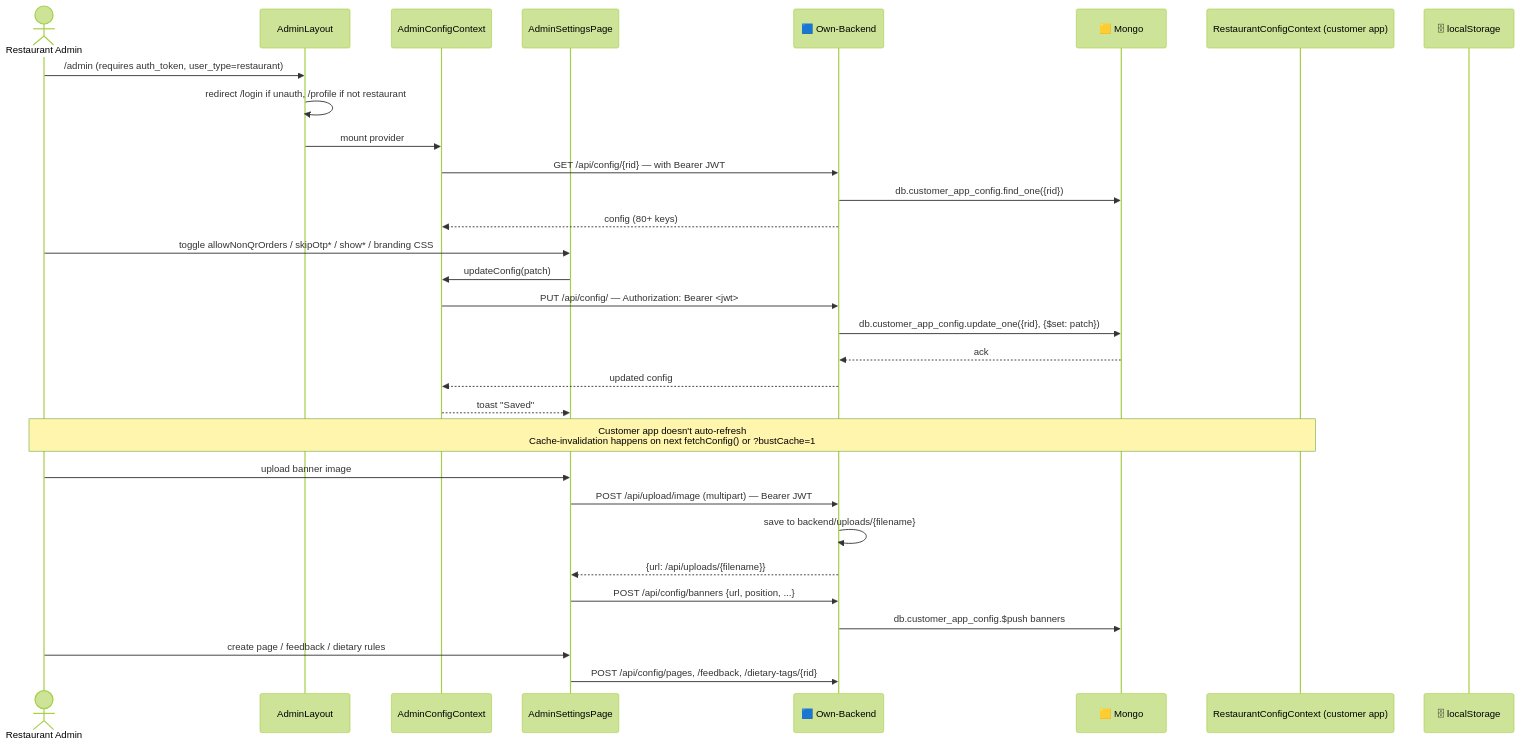
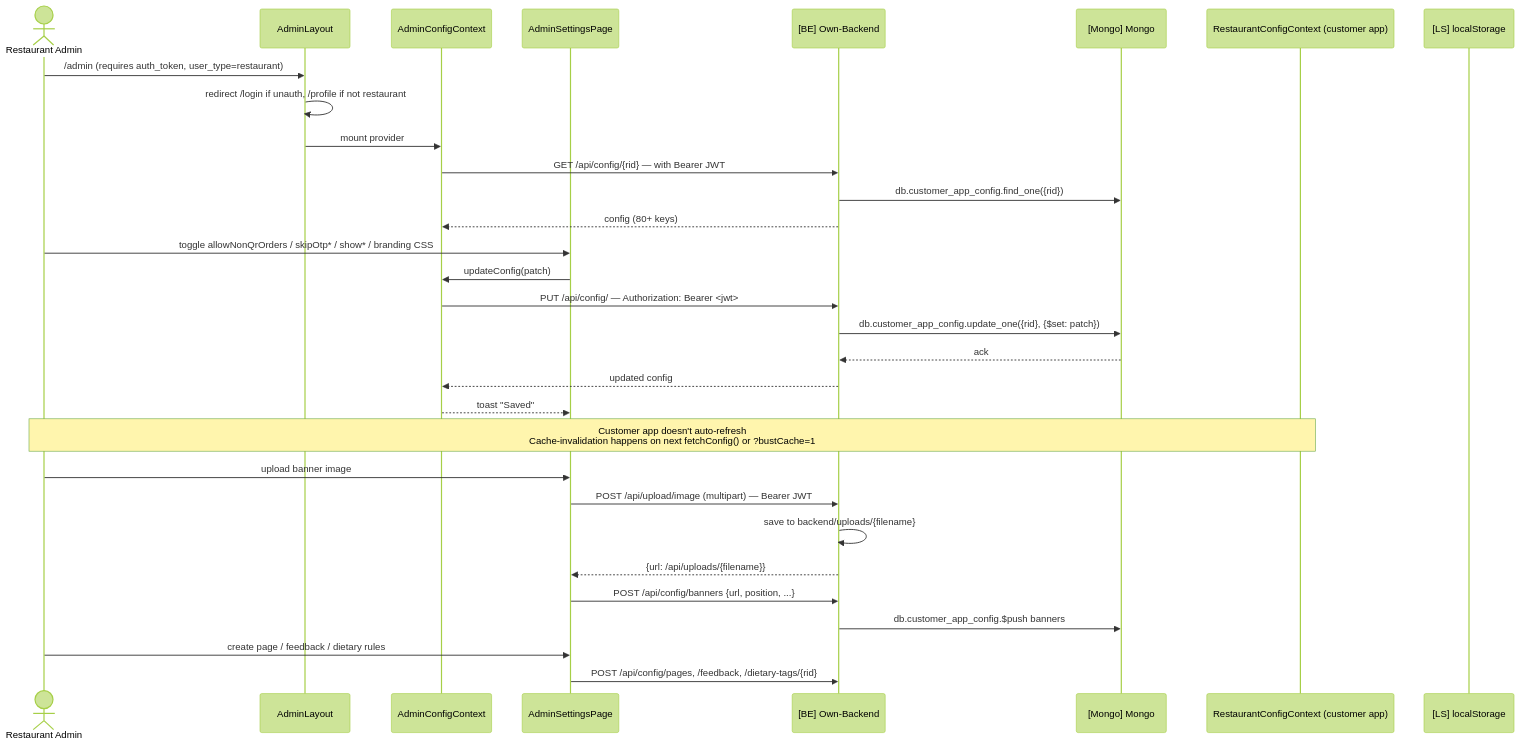
The seventh of 9 diagrams in memory_repo/current-state/DATA_FLOW_DIAGRAM_2026-02.md (Abhi-mygenie/customer-app5th-march), drawn with Mermaid (forest theme) before and after one commit. The commit also changed other lines of this file and 3 other files, not shown here.

````diff
--- a/memory_repo/current-state/DATA_FLOW_DIAGRAM_2026-02.md
+++ b/memory_repo/current-state/DATA_FLOW_DIAGRAM_2026-02.md
@@ -324,39 +327,39 @@
 ```mermaid
 sequenceDiagram
     actor Adm as Restaurant Admin
     participant Layout as AdminLayout
     participant AdmCfg as AdminConfigContext
     participant Settings as AdminSettingsPage
-    participant BE as 🟦 Own-Backend
-    participant Mongo as 🟨 Mongo
+    participant BE as [BE] Own-Backend
+    participant Mongo as [Mongo] Mongo
     participant RestCfg as RestaurantConfigContext (customer app)
-    participant LS as 🗄 localStorage
+    participant LS as [LS] localStorage
 
     Adm->>Layout: /admin (requires auth_token, user_type=restaurant)
     Layout->>Layout: redirect /login if unauth, /profile if not restaurant
     Layout->>AdmCfg: mount provider
 
     AdmCfg->>BE: GET /api/config/{rid} — with Bearer JWT
     BE->>Mongo: db.customer_app_config.find_one({rid})
     BE-->>AdmCfg: config (80+ keys)
 
     Adm->>Settings: toggle allowNonQrOrders / skipOtp* / show* / branding CSS
     Settings->>AdmCfg: updateConfig(patch)
     AdmCfg->>BE: PUT /api/config/ — Authorization: Bearer <jwt>
     BE->>Mongo: db.customer_app_config.update_one({rid}, {$set: patch})
     Mongo-->>BE: ack
     BE-->>AdmCfg: updated config
     AdmCfg-->>Settings: toast "Saved"
 
     Note over Adm,RestCfg: Customer app doesn't auto-refresh<br/>Cache-invalidation happens on next fetchConfig() or ?bustCache=1
 
     Adm->>Settings: upload banner image
     Settings->>BE: POST /api/upload/image (multipart) — Bearer JWT
     BE->>BE: save to backend/uploads/{filename}
     BE-->>Settings: {url: /api/uploads/{filename}}
     Settings->>BE: POST /api/config/banners {url, position, ...}
     BE->>Mongo: db.customer_app_config.$push banners
 
     Adm->>Settings: create page / feedback / dietary rules
     Settings->>BE: POST /api/config/pages, /feedback, /dietary-tags/{rid}
 ```
````
